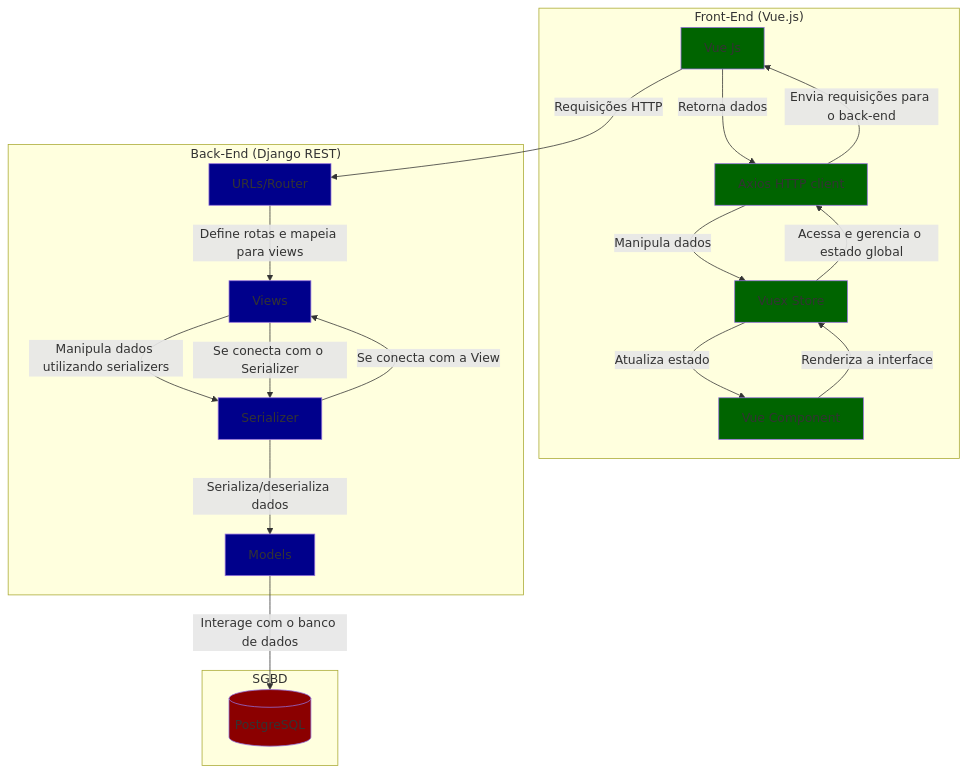
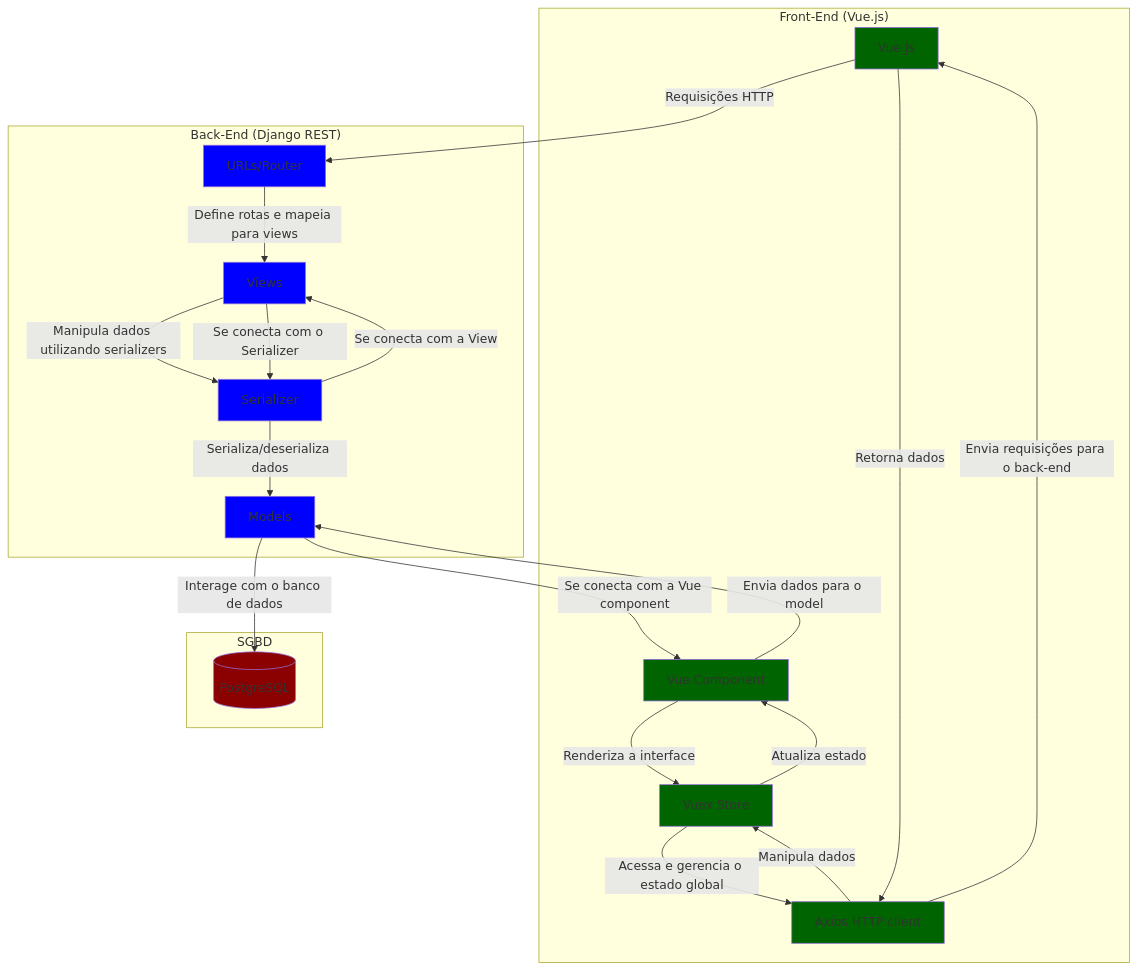
Before and after one commit to tallysdev/eventSync: the diagram in docs/projeto-arquitetural.md, drawn with Mermaid.

Commit message:
refactor: adicionando mais um caminho no fluxo do mermaid #19

```diff
--- a/docs/projeto-arquitetural.md
+++ b/docs/projeto-arquitetural.md
@@ -12,48 +12,51 @@
 ~~~mermaid
 
 graph TD;
 
 subgraph VueJS["Front-End (Vue.js)"]
     http[Vue Js]
     vueComponent[Vue Component]
     vuex[Vuex Store]
     axios[Axios HTTP client]
     style http fill:darkGreen
     style vueComponent fill:darkGreen
     style vuex fill:darkGreen
     style axios fill:darkGreen
 end
 
 subgraph Django_REST["Back-End (Django REST)"]
     urls[URLs/Router]
     views[Views]
     serializer[Serializer]
     models[Models]
-    style urls fill:darkBlue
-    style views fill:darkBlue
-    style serializer fill:darkBlue
-    style models fill:darkBlue
+    style urls fill:Blue
+    style views fill:Blue
+    style serializer fill:Blue
+    style models fill:Blue
 end
 
 subgraph Database["SGBD"]
     db[(PostgreSQL)]
     style db fill:darkRed
 end
 
 http -->|Requisições HTTP| urls
 urls -->|Define rotas e mapeia para views| views
 views -->|Manipula dados utilizando serializers| serializer
 serializer -->|Serializa/deserializa dados| models
 models -->|Interage com o banco de dados| db
 views -->|Se conecta com o Serializer| serializer
 serializer -->|Se conecta com a View| views
 
 vueComponent -->|Renderiza a interface| vuex
 vuex -->|Acessa e gerencia o estado global| axios
 axios -->|Envia requisições para o back-end| http
 http -->|Retorna dados| axios
 axios -->|Manipula dados| vuex
 vuex -->|Atualiza estado| vueComponent
+vueComponent -->|Envia dados para o model| models
+models -->|Se conecta com a Vue component| vueComponent
+
 
 
 ~~~
```
